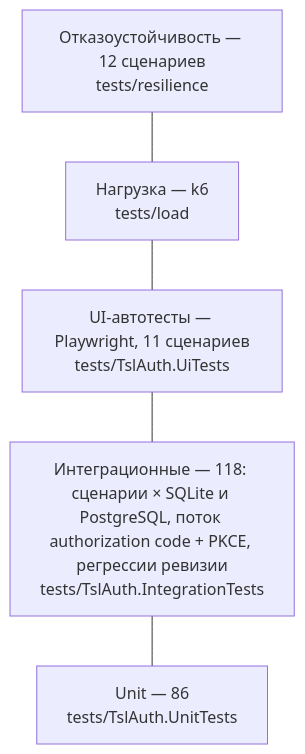
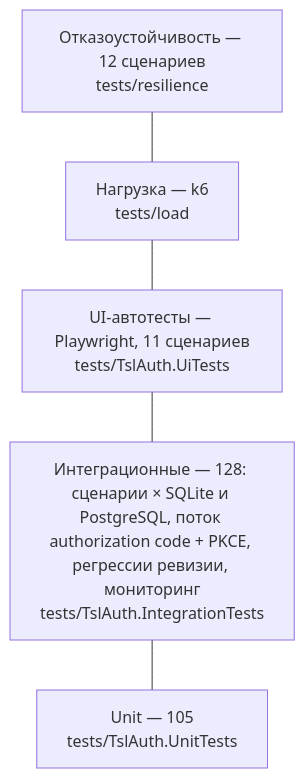
One commit to akprof2000/tsl-auth changed the diagram in docs/testing.md. Above: the diagram before and after it, drawn with Mermaid. The commit also changed other lines of this file and 38 other files, not shown here.

````diff
--- a/docs/testing.md
+++ b/docs/testing.md
@@ -3,9 +3,9 @@
 ```mermaid
 flowchart TB
     R["Отказоустойчивость — 12 сценариев<br/>tests/resilience"]
     L["Нагрузка — k6<br/>tests/load"]
     UI["UI-автотесты — Playwright, 11 сценариев<br/>tests/TslAuth.UiTests"]
-    I["Интеграционные — 118: сценарии × SQLite и PostgreSQL, поток authorization code + PKCE, регрессии ревизии<br/>tests/TslAuth.IntegrationTests"]
-    U["Unit — 86<br/>tests/TslAuth.UnitTests"]
+    I["Интеграционные — 128: сценарии × SQLite и PostgreSQL, поток authorization code + PKCE, регрессии ревизии, мониторинг<br/>tests/TslAuth.IntegrationTests"]
+    U["Unit — 105<br/>tests/TslAuth.UnitTests"]
     R --- L --- UI --- I --- U
 ```
````
